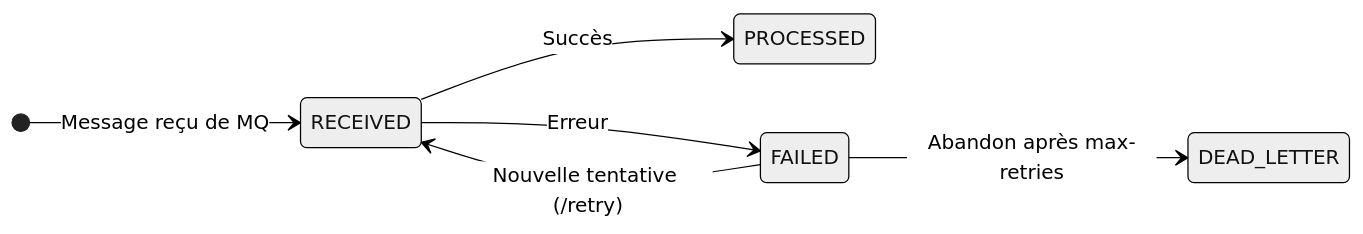
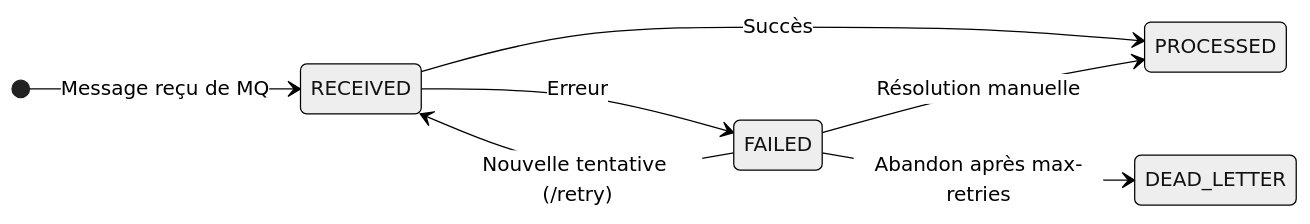
The second of 3 diagrams in docs/architecture/architecture-globale.md (mouhamadoulo/payment-messages), drawn with Mermaid (neutral theme) before and after one commit. The commit also changed other lines of this file and 53 other files, not shown here.

````diff
--- a/docs/architecture/architecture-globale.md
+++ b/docs/architecture/architecture-globale.md
@@ -47,9 +47,10 @@
 ```mermaid
 stateDiagram-v2
     direction LR
     [*] --> RECEIVED: Message reçu de MQ
     RECEIVED --> PROCESSED: Succès
     RECEIVED --> FAILED: Erreur
     FAILED --> RECEIVED: Nouvelle tentative (/retry)
+    FAILED --> PROCESSED: Résolution manuelle
     FAILED --> DEAD_LETTER: Abandon après max-retries
 ```
````
